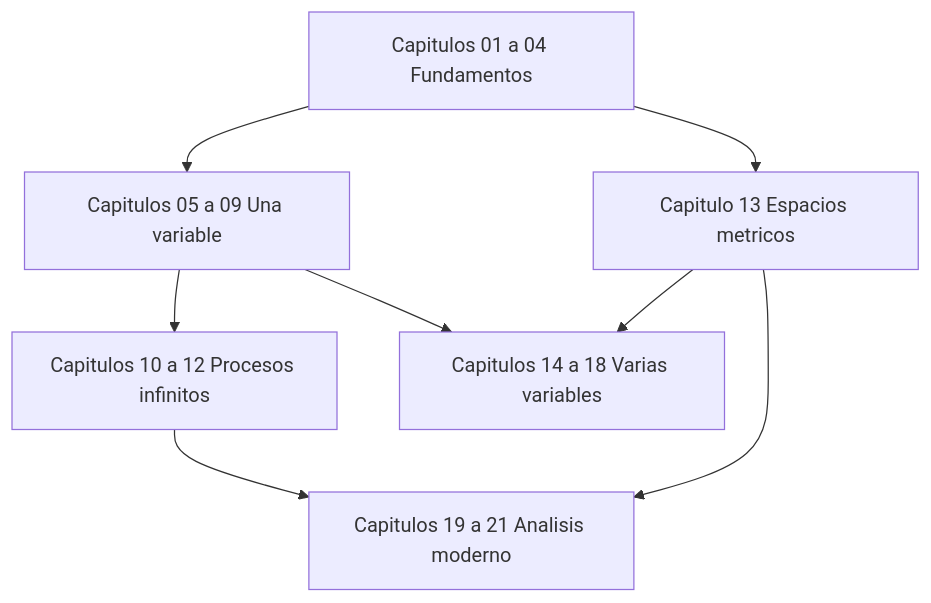
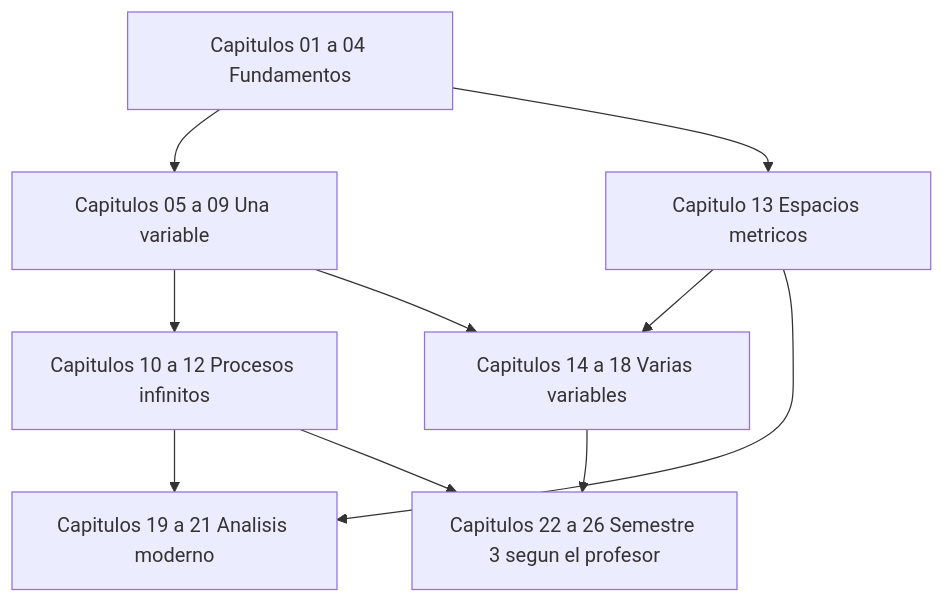
The diagram in MathInMind-Obsidian/es/index.md (NikiHunter/MATAN), drawn with Mermaid before and after one commit. The commit also changed other lines of this file and 207 other files, not shown here.

````diff
--- a/MathInMind-Obsidian/es/index.md
+++ b/MathInMind-Obsidian/es/index.md
@@ -28,10 +28,12 @@
 ```mermaid
 flowchart TD
     A[Capitulos 01 a 04 Fundamentos] --> B[Capitulos 05 a 09 Una variable]
     B --> C[Capitulos 10 a 12 Procesos infinitos]
     A --> D[Capitulo 13 Espacios metricos]
     D --> E[Capitulos 14 a 18 Varias variables]
     B --> E
     C --> F[Capitulos 19 a 21 Analisis moderno]
     D --> F
+    C --> G[Capitulos 22 a 26 Semestre 3 segun el profesor]
+    E --> G
 ```
````
